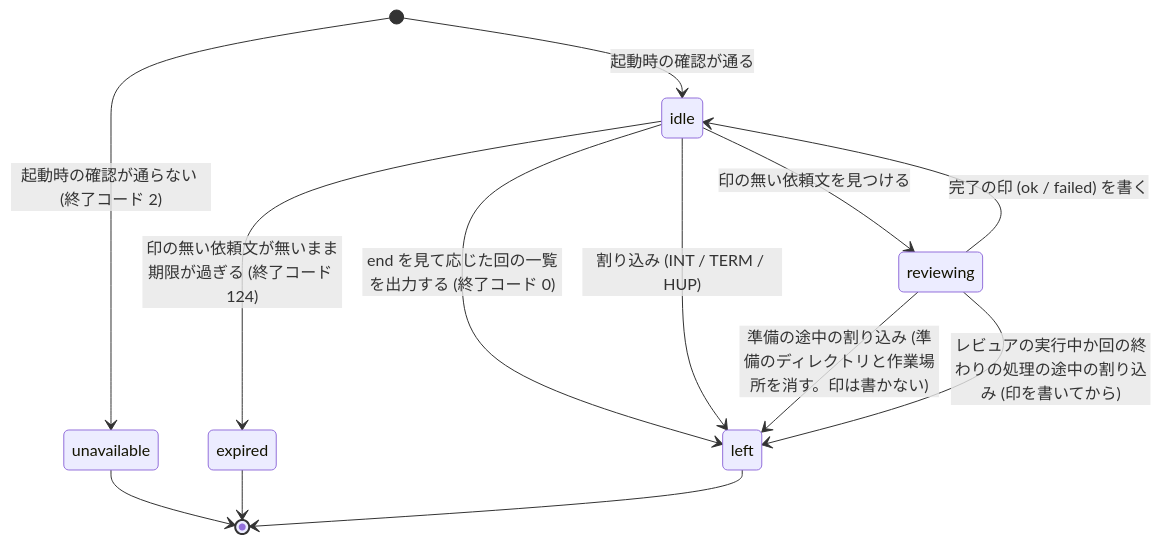
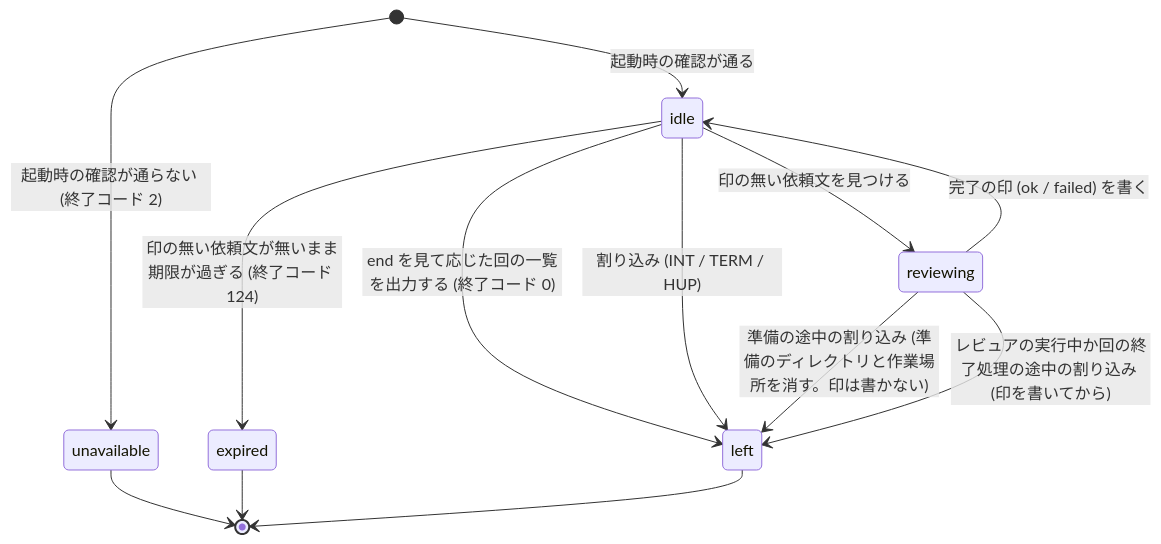
Before and after one commit to akm/claude-plugins: the diagram in review-triage/skills/review-loop/references/loop-files.md, drawn with Mermaid. The commit also changed other lines of this file and 17 other files, not shown here.

````diff
--- a/review-triage/skills/review-loop/references/loop-files.md
+++ b/review-triage/skills/review-loop/references/loop-files.md
@@ -144,15 +144,15 @@
 ```mermaid
 stateDiagram-v2
   [*] --> unavailable: 起動時の確認が通らない (終了コード 2)
   [*] --> idle: 起動時の確認が通る
   idle --> reviewing: 印の無い依頼文を見つける
   reviewing --> idle: 完了の印 (ok / failed) を書く
   idle --> expired: 印の無い依頼文が無いまま期限が過ぎる (終了コード 124)
   idle --> left: end を見て応じた回の一覧を出力する (終了コード 0)
   idle --> left: 割り込み (INT / TERM / HUP)
   reviewing --> left: 準備の途中の割り込み (準備のディレクトリと作業場所を消す。印は書かない)
-  reviewing --> left: レビュアの実行中か回の終わりの処理の途中の割り込み (印を書いてから)
+  reviewing --> left: レビュアの実行中か回の終了処理の途中の割り込み (印を書いてから)
   unavailable --> [*]
   expired --> [*]
   left --> [*]
 ```
````
